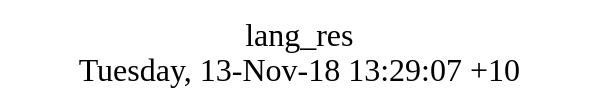
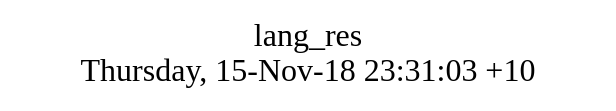
The diagram in src/lang_res/struct.dot (AplaProject/apps), drawn with Graphviz before and after one commit. The commit also changed 29 other files, not shown here.

```diff
--- a/src/lang_res/struct.dot
+++ b/src/lang_res/struct.dot
@@ -1,8 +1,8 @@
 digraph G {
 fontsize="24";
-label="lang_res\nTuesday, 13-Nov-18 13:29:07 +10";
+label="lang_res\nThursday, 15-Nov-18 23:31:03 +10";
 nojustify=true;
 ordering=out;
 rankdir=LR;
 size="30";
 }
```
